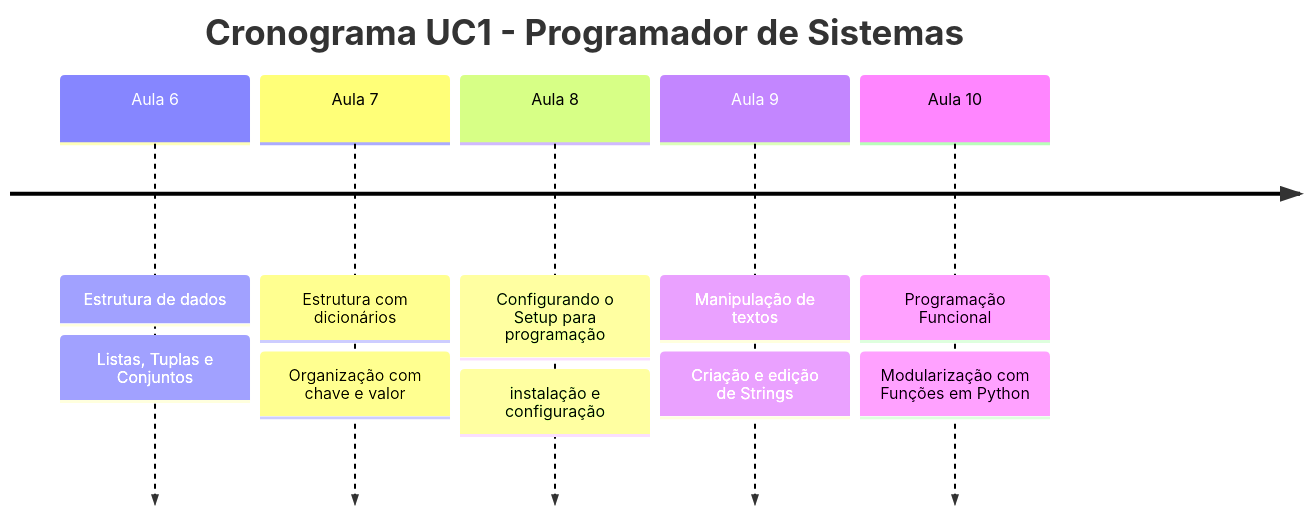
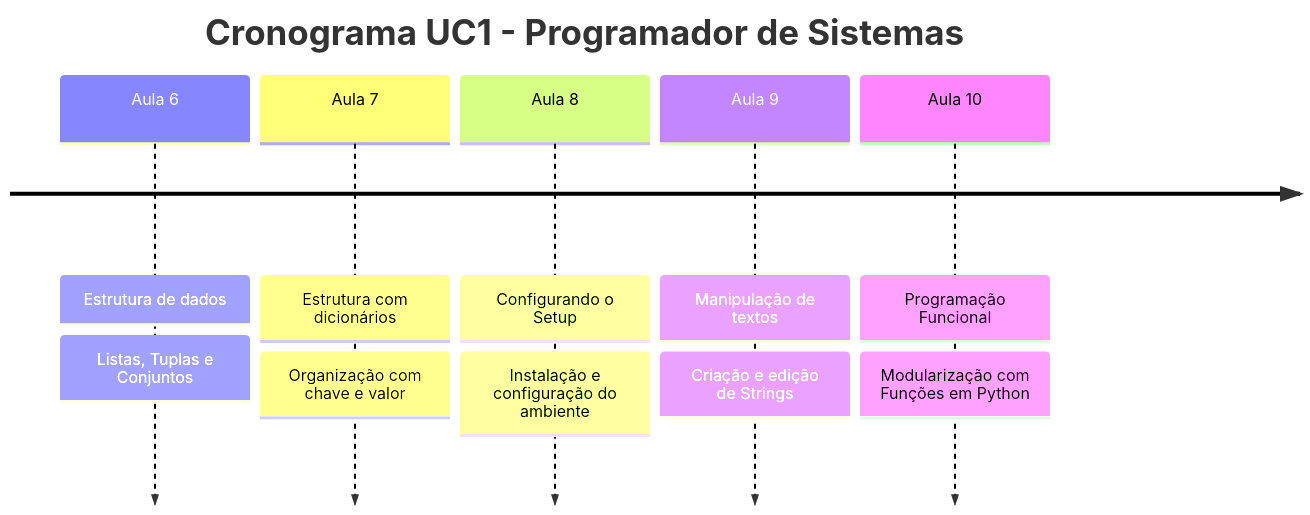
The second of 4 diagrams in content/turmas/programador de sistema/UC1 - Programador de Sistemas/Timeline-UC1-Programador.md (jocile/jocile.github.io), drawn with Mermaid before and after one commit. The commit also changed other lines of this file and 23 other files, not shown here.

````diff
--- a/content/turmas/programador de sistema/UC1 - Programador de Sistemas/Timeline-UC1-Programador.md
+++ b/content/turmas/programador de sistema/UC1 - Programador de Sistemas/Timeline-UC1-Programador.md
@@ -44,9 +47,9 @@
 ```mermaid
 timeline
     title Cronograma UC1 - Programador de Sistemas
     Aula 6 : Estrutura de dados : Listas, Tuplas e Conjuntos
     Aula 7 : Estrutura com dicionários : Organização com chave e valor
-    Aula 8 : Configurando o Setup para programação : instalação e configuração
+    Aula 8 : Configurando o Setup : Instalação e configuração do ambiente
     Aula 9 : Manipulação de textos : Criação e edição de Strings
     Aula 10 : Programação Funcional : Modularização com Funções em Python
 ```
````
